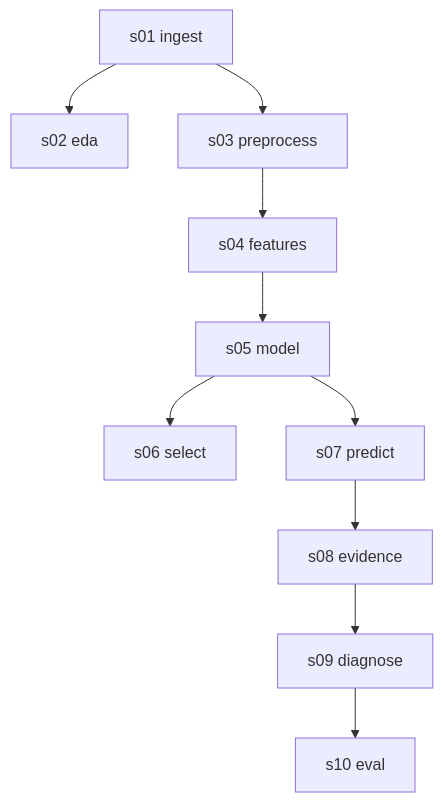
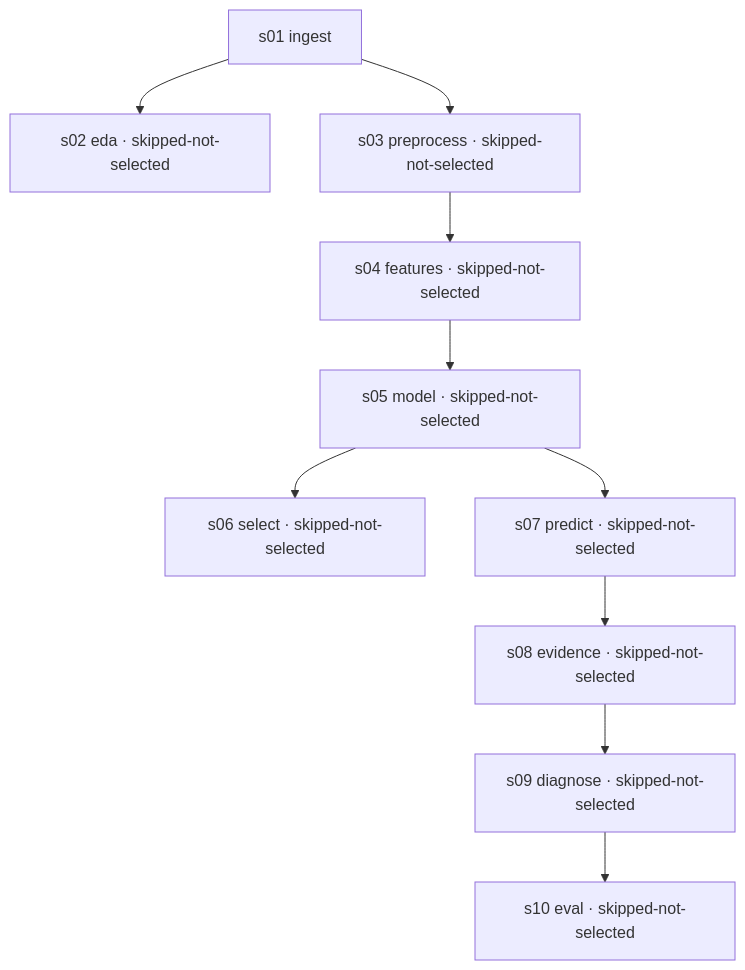
Before and after one commit to rockyzl/genai-condition-monitoring-prototype: the diagram in reports/pipeline_manifest.md, drawn with Mermaid. The commit also changed other lines of this file and 19 other files, not shown here.

````diff
--- a/reports/pipeline_manifest.md
+++ b/reports/pipeline_manifest.md
@@ -9,22 +9,22 @@
 ```mermaid
 flowchart TD
   s01_ingest["s01 ingest"]
-  s02_eda["s02 eda"]
-  s03_preprocess["s03 preprocess"]
-  s04_features["s04 features"]
-  s05_model["s05 model"]
-  s06_select["s06 select"]
-  s07_predict["s07 predict"]
-  s08_evidence["s08 evidence"]
-  s09_diagnose["s09 diagnose"]
-  s10_eval["s10 eval"]
+  s02_eda["s02 eda · skipped-not-selected"]
+  s03_preprocess["s03 preprocess · skipped-not-selected"]
+  s04_features["s04 features · skipped-not-selected"]
+  s05_model["s05 model · skipped-not-selected"]
+  s06_select["s06 select · skipped-not-selected"]
+  s07_predict["s07 predict · skipped-not-selected"]
+  s08_evidence["s08 evidence · skipped-not-selected"]
+  s09_diagnose["s09 diagnose · skipped-not-selected"]
+  s10_eval["s10 eval · skipped-not-selected"]
   s01_ingest --> s02_eda
   s01_ingest --> s03_preprocess
   s03_preprocess --> s04_features
   s04_features --> s05_model
   s05_model --> s06_select
   s05_model --> s07_predict
   s07_predict --> s08_evidence
   s08_evidence --> s09_diagnose
   s09_diagnose --> s10_eval
 ```
````
